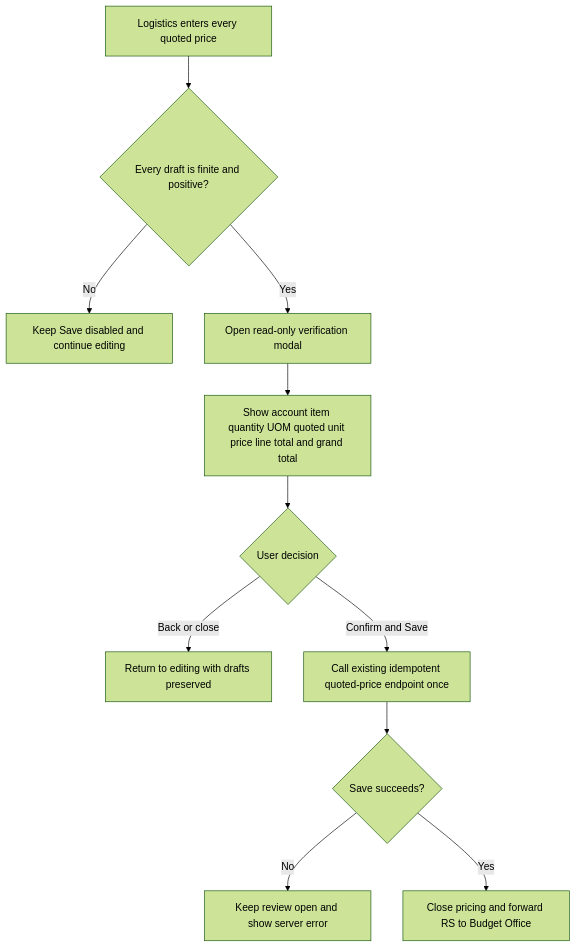
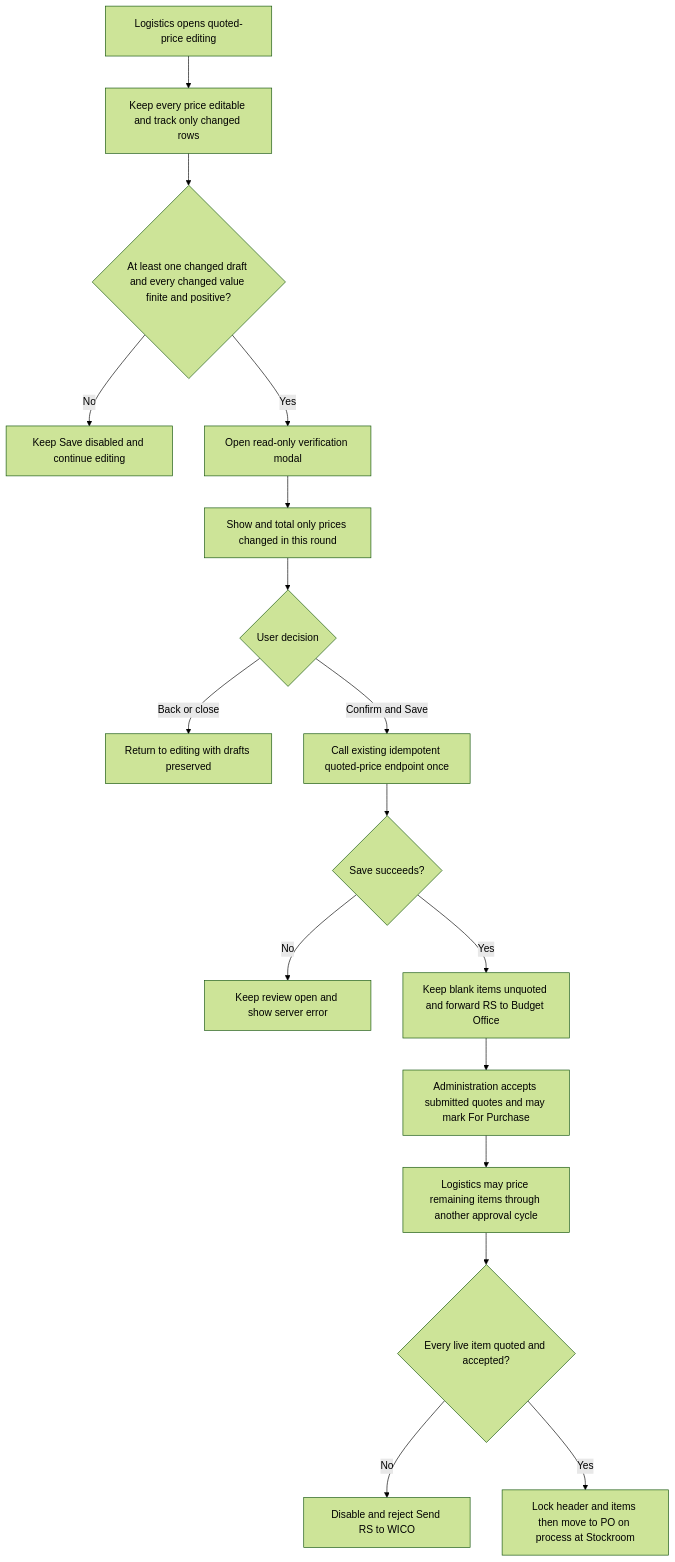
Before and after one commit to AdamsonUniversity-ITC/adulivev6-monorepo: diagram 16 of 38 in docs/abms/flowcharts.md, drawn with Mermaid (forest theme). The commit also changed other lines of this file and 27 other files, not shown here.

````diff
--- a/docs/abms/flowcharts.md
+++ b/docs/abms/flowcharts.md
@@ -232,13 +305,19 @@
 ```mermaid
 flowchart TD
-    A[Logistics enters every quoted price] --> B{Every draft is finite and positive?}
+    A[Logistics opens quoted-price editing] --> AA[Keep every price editable and track only changed rows]
+    AA --> B{At least one changed draft and every changed value finite and positive?}
     B -- No --> C[Keep Save disabled and continue editing]
     B -- Yes --> D[Open read-only verification modal]
-    D --> E[Show account item quantity UOM quoted unit price line total and grand total]
+    D --> E[Show and total only prices changed in this round]
     E --> F{User decision}
     F -- Back or close --> G[Return to editing with drafts preserved]
     F -- Confirm and Save --> H[Call existing idempotent quoted-price endpoint once]
     H --> I{Save succeeds?}
     I -- No --> J[Keep review open and show server error]
-    I -- Yes --> K[Close pricing and forward RS to Budget Office]
+    I -- Yes --> K[Keep blank items unquoted and forward RS to Budget Office]
+    K --> L[Administration accepts submitted quotes and may mark For Purchase]
+    L --> M[Logistics may price remaining items through another approval cycle]
+    M --> N{Every live item quoted and accepted?}
+    N -- No --> O[Disable and reject Send RS to WICO]
+    N -- Yes --> P[Lock header and items then move to PO on process at Stockroom]
 ```
````
